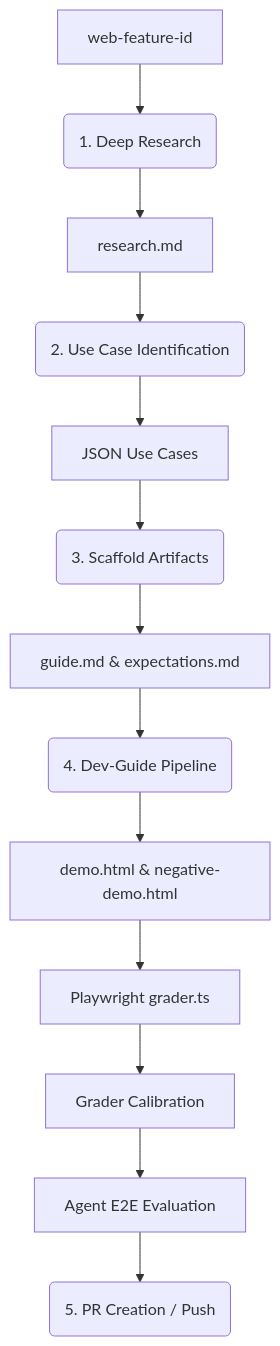
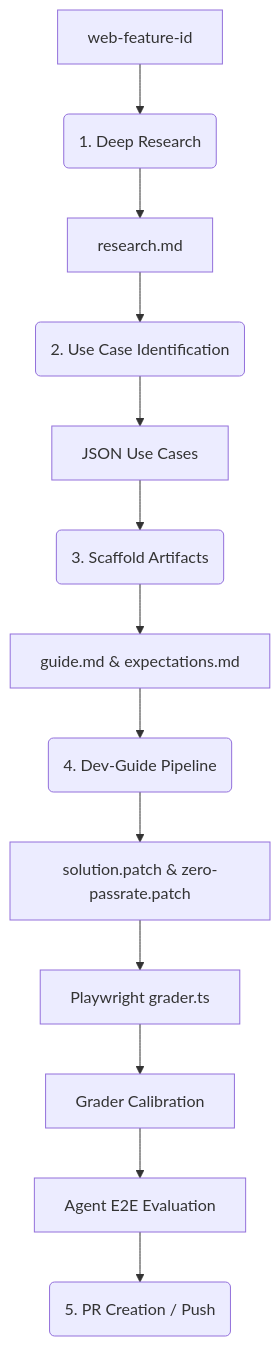
One commit to paulirish/guidance changed the diagram in guides/README.md. Above: the diagram before and after it, drawn with Mermaid. The commit also changed other lines of this file, not shown here.

Commit message:
docs: clean up legacy demo/negative-demo references from guides README

````diff
--- a/guides/README.md
+++ b/guides/README.md
@@ -242,15 +201,15 @@
 ```mermaid
 graph TD
     A[web-feature-id] --> B(1. Deep Research)
     B --> C[research.md]
     C --> D(2. Use Case Identification)
     D --> E[JSON Use Cases]
     E --> F(3. Scaffold Artifacts)
     F --> G[guide.md & expectations.md]
     G --> H(4. Dev-Guide Pipeline)
-    H --> I[demo.html & negative-demo.html]
+    H --> I[solution.patch & zero-passrate.patch]
     I --> J[Playwright grader.ts]
     J --> K[Grader Calibration]
     K --> L[Agent E2E Evaluation]
     L --> M(5. PR Creation / Push)
 ```
````
